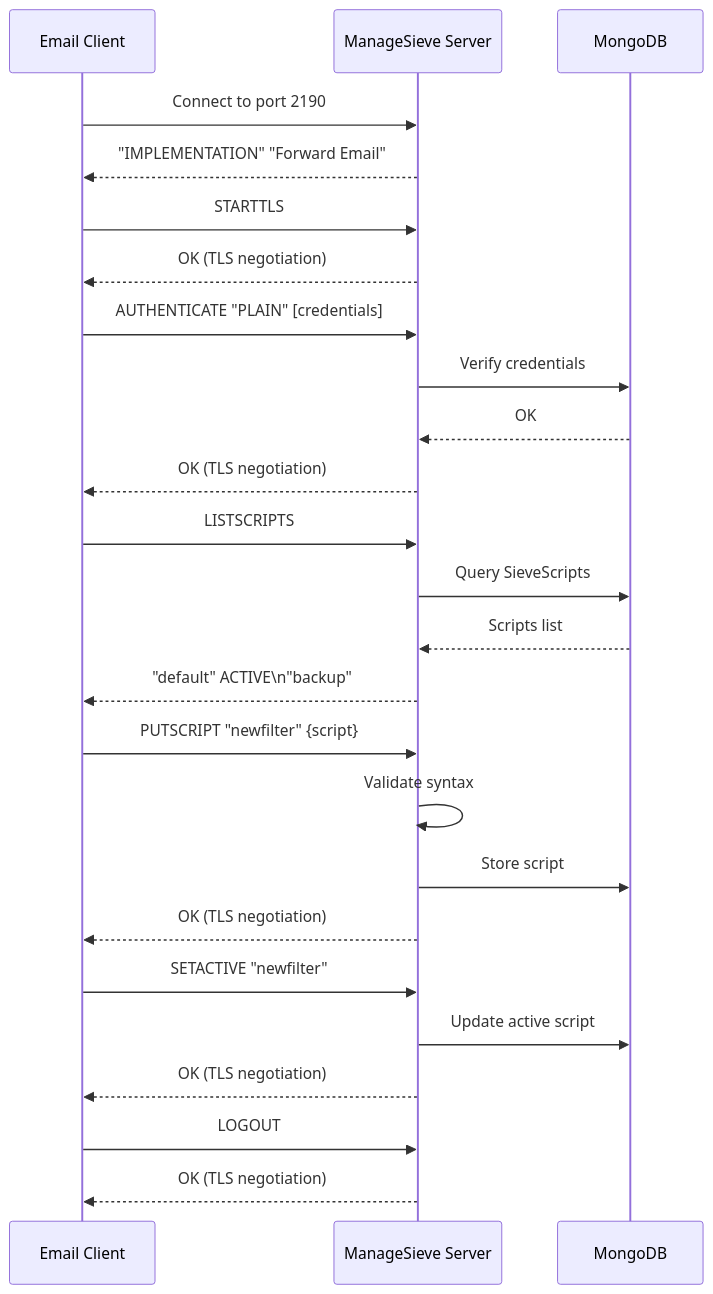
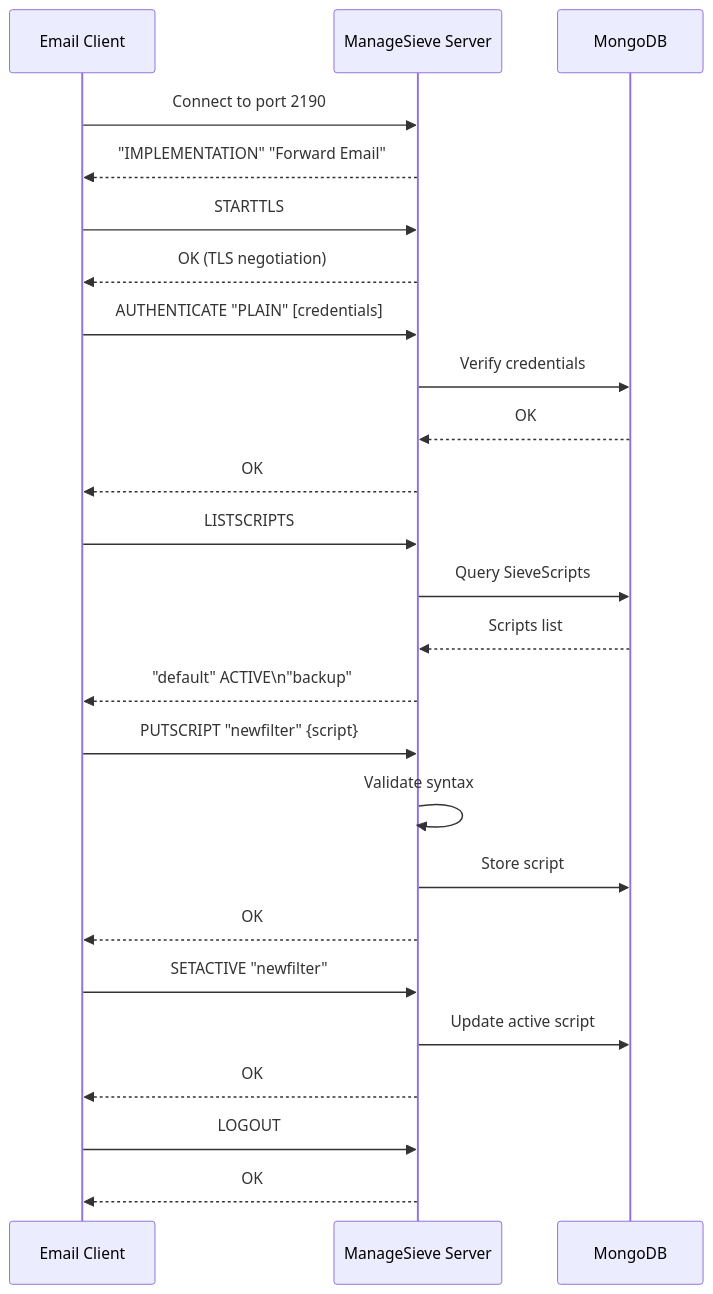
The tenth of 16 diagrams in app/views/docs/email-protocols-rfc-compliance-imap-smtp-pop3-comparison/index-th.md (forwardemail/forwardemail.net), drawn with Mermaid before and after one commit. The commit also changed other lines of this file and 1055 other files, not shown here.

````diff
--- a/app/views/docs/email-protocols-rfc-compliance-imap-smtp-pop3-comparison/index-th.md
+++ b/app/views/docs/email-protocols-rfc-compliance-imap-smtp-pop3-comparison/index-th.md
@@ -1308,32 +1301,32 @@
 ```mermaid
 sequenceDiagram
     participant Client as Email Client
     participant MS as ManageSieve Server
     participant DB as MongoDB
 
     Client->>MS: Connect to port 2190
     MS-->>Client: "IMPLEMENTATION" "Forward Email"
     Client->>MS: STARTTLS
     MS-->>Client: OK (TLS negotiation)
     Client->>MS: AUTHENTICATE "PLAIN" [credentials]
     MS->>DB: Verify credentials
     DB-->>MS: OK
-    MS-->>Client: OK (TLS negotiation)
+    MS-->>Client: OK
 
     Client->>MS: LISTSCRIPTS
     MS->>DB: Query SieveScripts
     DB-->>MS: Scripts list
     MS-->>Client: "default" ACTIVE\n"backup"
 
     Client->>MS: PUTSCRIPT "newfilter" {script}
     MS->>MS: Validate syntax
     MS->>DB: Store script
-    MS-->>Client: OK (TLS negotiation)
+    MS-->>Client: OK
 
     Client->>MS: SETACTIVE "newfilter"
     MS->>DB: Update active script
-    MS-->>Client: OK (TLS negotiation)
+    MS-->>Client: OK
 
     Client->>MS: LOGOUT
-    MS-->>Client: OK (TLS negotiation)
+    MS-->>Client: OK
 ```
````
